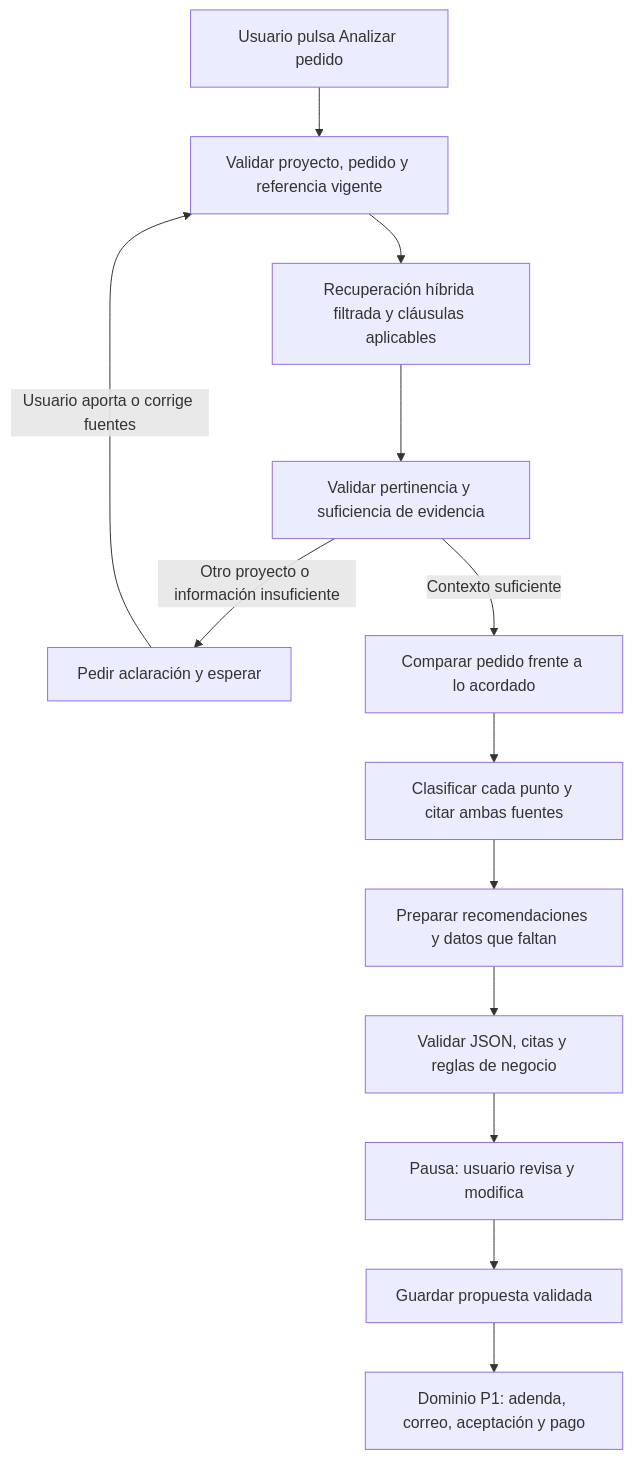
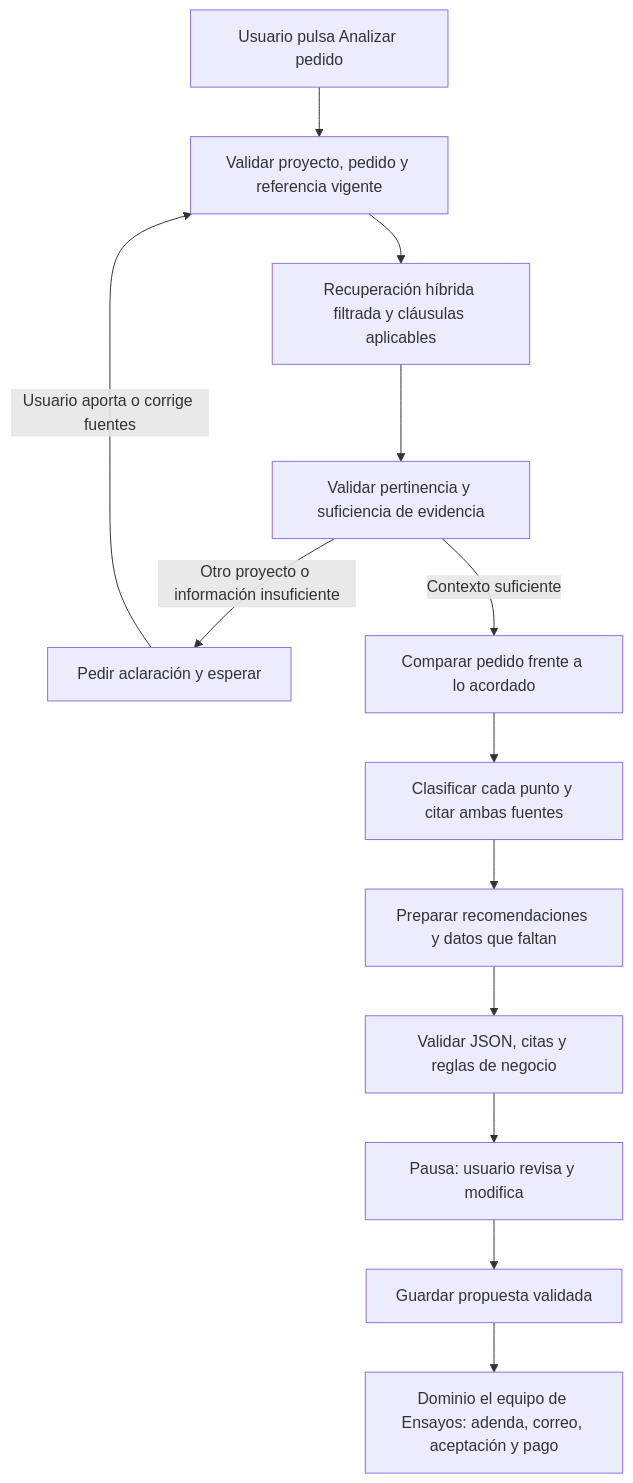
The fourth of 4 diagrams in docs/arquitectura-ia-trato.md (sebascs04/trato), drawn with Mermaid before and after one commit. The commit also changed other lines of this file and 26 other files, not shown here.

````diff
--- a/docs/arquitectura-ia-trato.md
+++ b/docs/arquitectura-ia-trato.md
@@ -134,15 +138,15 @@
 ```mermaid
 flowchart TD
   A[Usuario pulsa Analizar pedido] --> B[Validar proyecto, pedido y referencia vigente]
   B --> C[Recuperación híbrida filtrada y cláusulas aplicables]
   C --> D[Validar pertinencia y suficiencia de evidencia]
   D -->|Otro proyecto o información insuficiente| E[Pedir aclaración y esperar]
   E -->|Usuario aporta o corrige fuentes| B
   D -->|Contexto suficiente| F[Comparar pedido frente a lo acordado]
   F --> G[Clasificar cada punto y citar ambas fuentes]
   G --> H[Preparar recomendaciones y datos que faltan]
   H --> I[Validar JSON, citas y reglas de negocio]
   I --> J[Pausa: usuario revisa y modifica]
   J --> K[Guardar propuesta validada]
-  K --> P[Dominio P1: adenda, correo, aceptación y pago]
+  K --> P[Dominio el equipo de Ensayos: adenda, correo, aceptación y pago]
 ```
````
